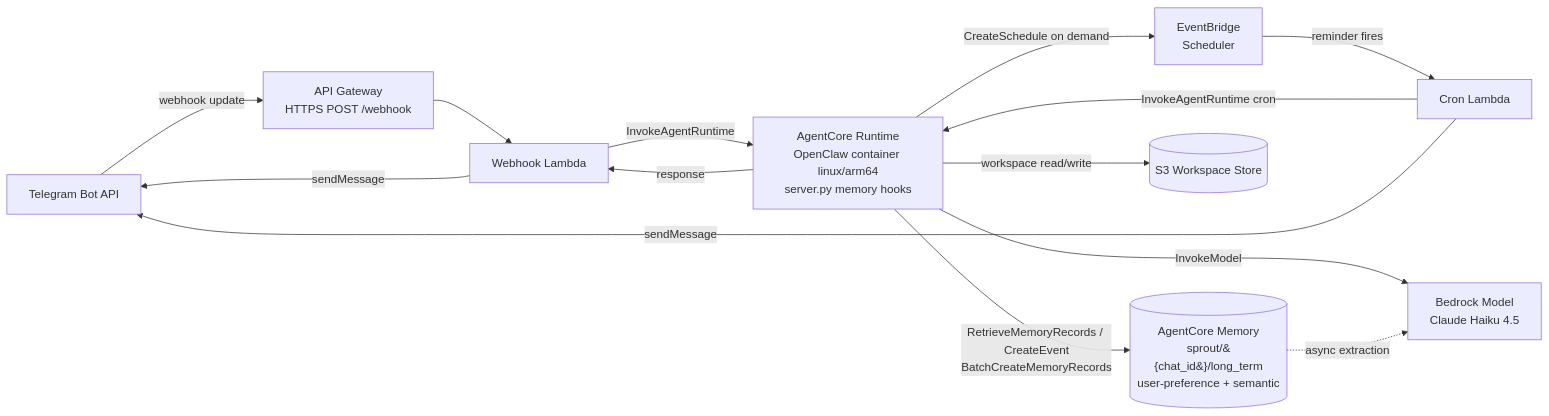
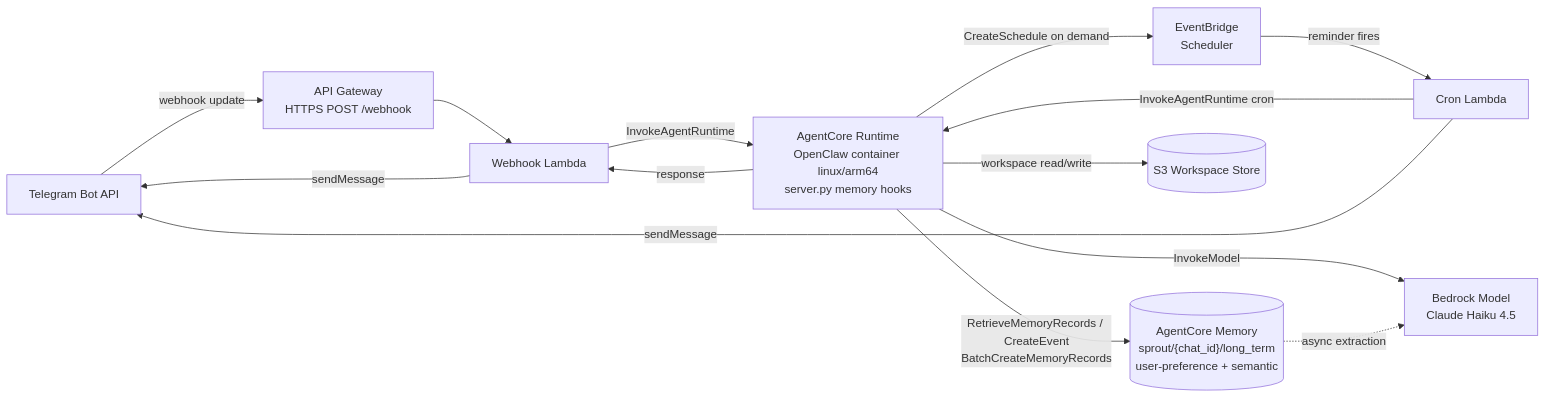
The diagram in README.md (aws-samples/sample-agentcore-memory-openclaw), drawn with Mermaid before and after one commit.

Commit message:
docs: fix README mermaid diagram parse error for {chat_id} (#5)
GitHub's Mermaid renderer decodes HTML entities before parsing, so
`&#123;chat_id&#125;` became a literal `{` which the parser interpreted
as a diamond-shape start token, breaking the flowchart.

Wrap the cylinder label in double quotes instead so `{` and `}` are
treated as literal characters.

````diff
--- a/README.md
+++ b/README.md
@@ -47,25 +47,25 @@
 ```mermaid
 flowchart LR
     TG[Telegram Bot API]
     APIGW[API Gateway<br/>HTTPS POST /webhook]
     WH[Webhook Lambda]
     EB[EventBridge<br/>Scheduler]
     CRON[Cron Lambda]
     RT[AgentCore Runtime<br/>OpenClaw container linux/arm64<br/>server.py memory hooks]
-    MEM[(AgentCore Memory<br/>sprout/&#123;chat_id&#125;/long_term<br/>user-preference + semantic)]
+    MEM[("AgentCore Memory<br/>sprout/{chat_id}/long_term<br/>user-preference + semantic")]
     S3[(S3 Workspace Store)]
     BR[Bedrock Model<br/>Claude Haiku 4.5]
 
     TG -->|webhook update| APIGW --> WH
     WH -->|InvokeAgentRuntime| RT
     RT -->|response| WH -->|sendMessage| TG
 
     RT -->|CreateSchedule on demand| EB
     EB -->|reminder fires| CRON -->|InvokeAgentRuntime cron| RT
     CRON -->|sendMessage| TG
 
     RT -->|RetrieveMemoryRecords / CreateEvent<br/>BatchCreateMemoryRecords| MEM
     RT -->|workspace read/write| S3
     RT -->|InvokeModel| BR
     MEM -. async extraction .-> BR
 ```
````
